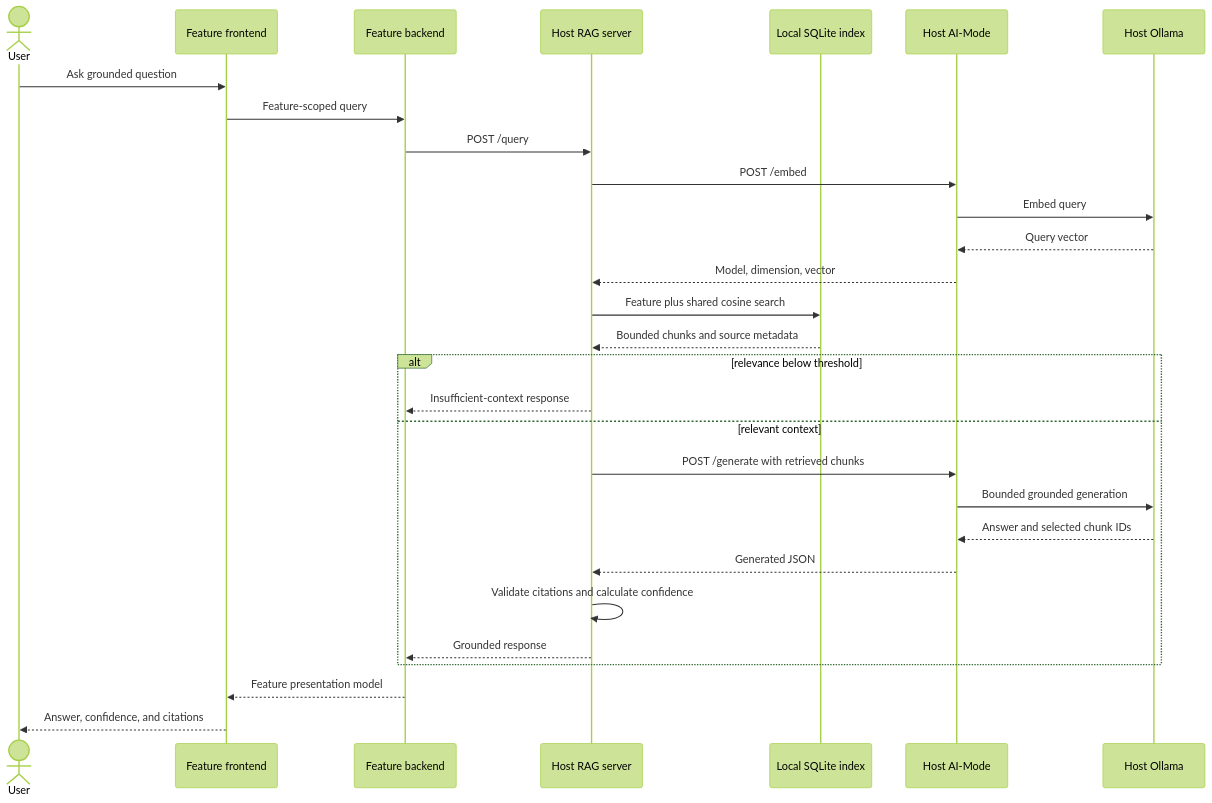
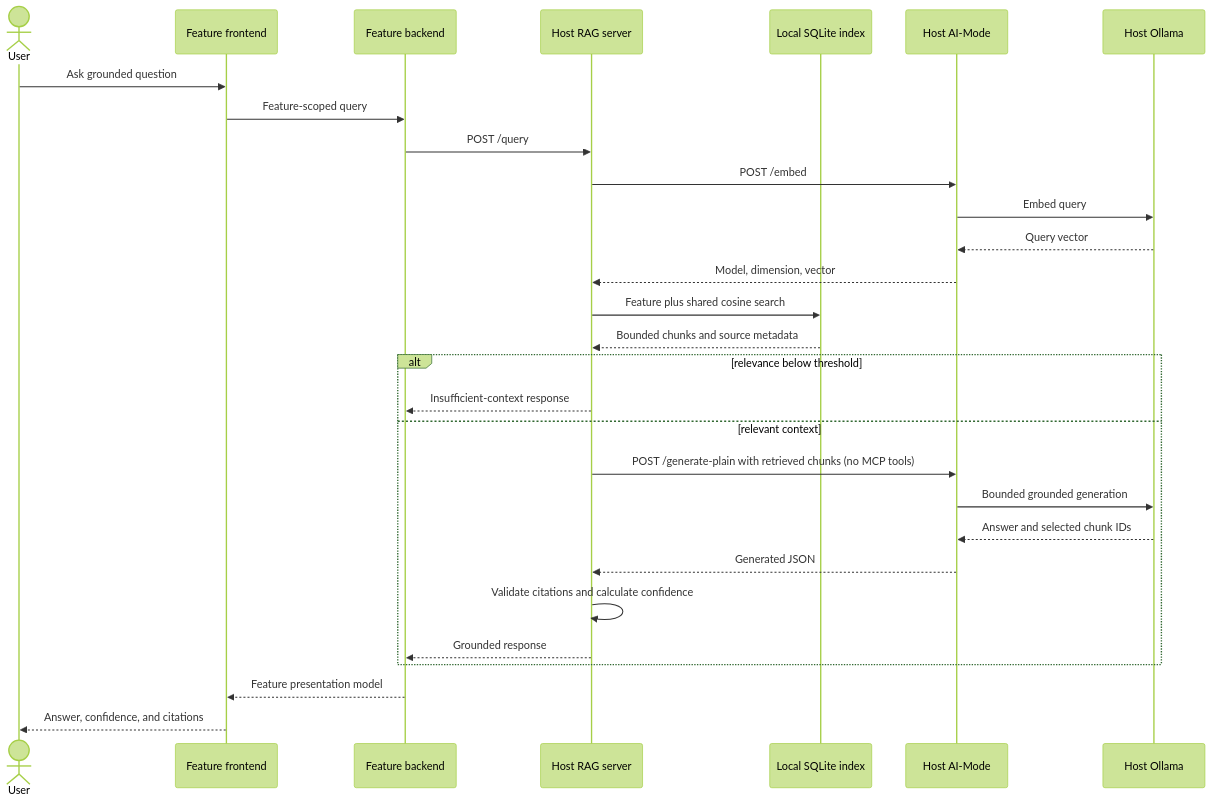
One commit to JulianKirk/TripGenie changed the diagram in docs/architecture/release-1-rag-contract.md. Above: the diagram before and after it, drawn with Mermaid (forest theme). The commit also changed other lines of this file and 10 other files, not shown here.

````diff
--- a/docs/architecture/release-1-rag-contract.md
+++ b/docs/architecture/release-1-rag-contract.md
@@ -8,32 +8,32 @@
 ```mermaid
 sequenceDiagram
     actor User
     participant UI as Feature frontend
     participant API as Feature backend
     participant RAG as Host RAG server
     participant Index as Local SQLite index
     participant AI as Host AI-Mode
     participant LLM as Host Ollama
 
     User->>UI: Ask grounded question
     UI->>API: Feature-scoped query
     API->>RAG: POST /query
     RAG->>AI: POST /embed
     AI->>LLM: Embed query
     LLM-->>AI: Query vector
     AI-->>RAG: Model, dimension, vector
     RAG->>Index: Feature plus shared cosine search
     Index-->>RAG: Bounded chunks and source metadata
     alt relevance below threshold
         RAG-->>API: Insufficient-context response
     else relevant context
-        RAG->>AI: POST /generate with retrieved chunks
+        RAG->>AI: POST /generate-plain with retrieved chunks (no MCP tools)
         AI->>LLM: Bounded grounded generation
         LLM-->>AI: Answer and selected chunk IDs
         AI-->>RAG: Generated JSON
         RAG->>RAG: Validate citations and calculate confidence
         RAG-->>API: Grounded response
     end
     API-->>UI: Feature presentation model
     UI-->>User: Answer, confidence, and citations
 ```
````
